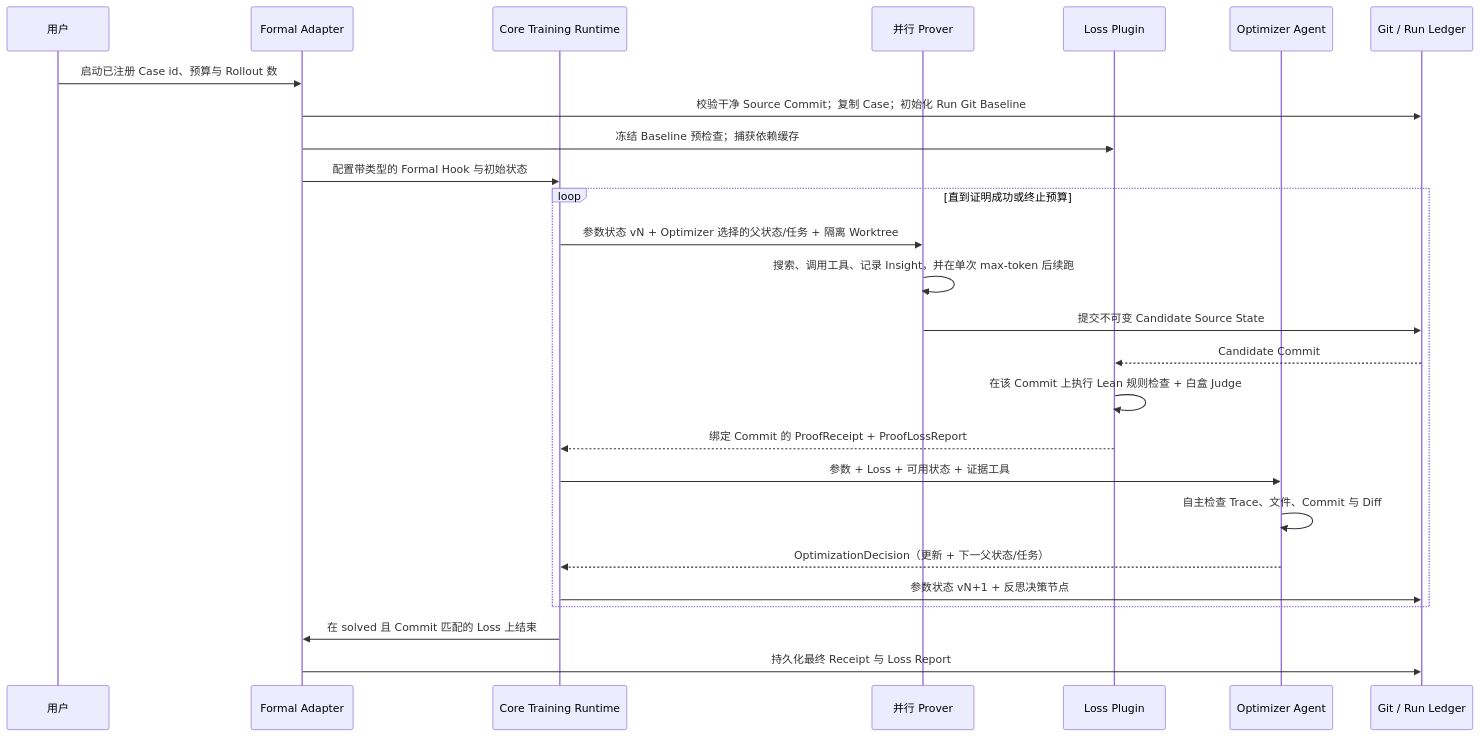
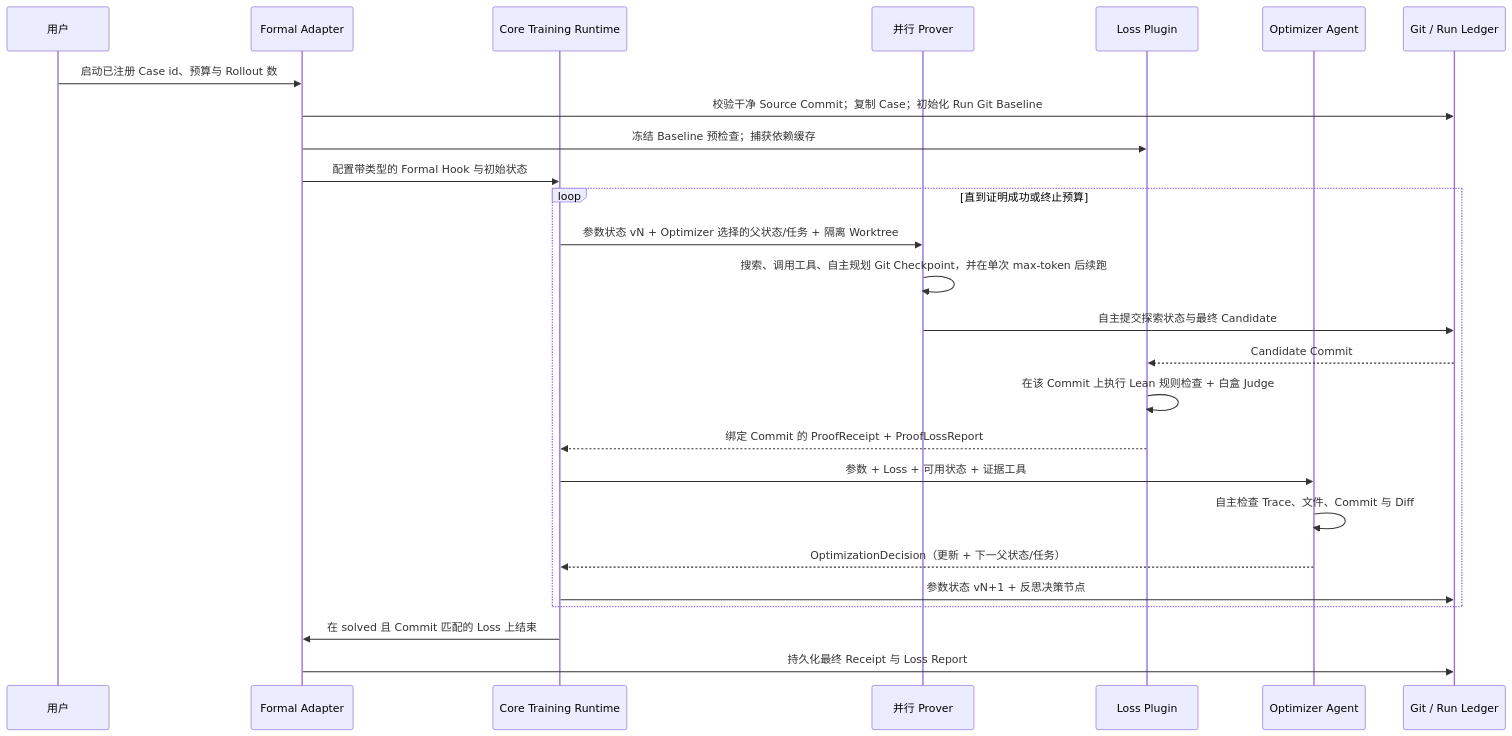
One commit to BruceLoveLee000/tokens-as-parameters changed the second of 2 diagrams in docs/zh-CN/architecture/dsh-formal-proof-bundle.md. Above: the diagram before and after it, drawn with Mermaid. The commit also changed other lines of this file and 8 other files, not shown here.

````diff
--- a/docs/zh-CN/architecture/dsh-formal-proof-bundle.md
+++ b/docs/zh-CN/architecture/dsh-formal-proof-bundle.md
@@ -67,29 +69,29 @@
 ```mermaid
 sequenceDiagram
   participant U as 用户
   participant C as Formal Adapter
   participant T as Core Training Runtime
   participant P as 并行 Prover
   participant L as Loss Plugin
   participant O as Optimizer Agent
   participant G as Git / Run Ledger
 
   U->>C: 启动已注册 Case id、预算与 Rollout 数
   C->>G: 校验干净 Source Commit；复制 Case；初始化 Run Git Baseline
   C->>L: 冻结 Baseline 预检查；捕获依赖缓存
   C->>T: 配置带类型的 Formal Hook 与初始状态
   loop 直到证明成功或终止预算
     T->>P: 参数状态 vN + Optimizer 选择的父状态/任务 + 隔离 Worktree
-    P->>P: 搜索、调用工具、记录 Insight，并在单次 max-token 后续跑
-    P->>G: 提交不可变 Candidate Source State
+    P->>P: 搜索、调用工具、自主规划 Git Checkpoint，并在单次 max-token 后续跑
+    P->>G: 自主提交探索状态与最终 Candidate
     G-->>L: Candidate Commit
     L->>L: 在该 Commit 上执行 Lean 规则检查 + 白盒 Judge
     L-->>T: 绑定 Commit 的 ProofReceipt + ProofLossReport
     T->>O: 参数 + Loss + 可用状态 + 证据工具
     O->>O: 自主检查 Trace、文件、Commit 与 Diff
     O-->>T: OptimizationDecision（更新 + 下一父状态/任务）
     T->>G: 参数状态 vN+1 + 反思决策节点
   end
   T->>C: 在 solved 且 Commit 匹配的 Loss 上结束
   C->>G: 持久化最终 Receipt 与 Loss Report
 ```
````
